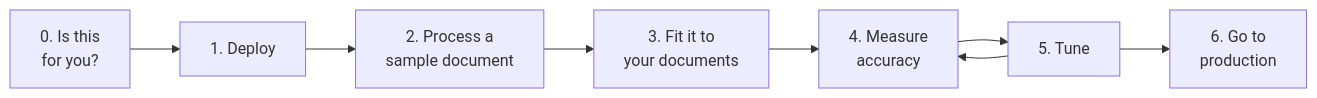
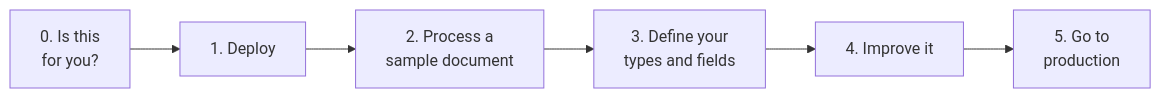
The diagram in docs/get-started.md (aws-solutions-library-samples/accelerated-intelligent-document-processing-on-aws), drawn with Mermaid before and after one commit. The commit also changed other lines of this file and 7 other files, not shown here.

````diff
--- a/docs/get-started.md
+++ b/docs/get-started.md
@@ -14,10 +14,8 @@
 ```mermaid
 flowchart LR
     A["0. Is this<br/>for you?"] --> B["1. Deploy"]
     B --> C["2. Process a<br/>sample document"]
-    C --> D["3. Fit it to<br/>your documents"]
-    D --> E["4. Measure<br/>accuracy"]
-    E --> F["5. Tune"]
-    F --> E
-    F --> G["6. Go to<br/>production"]
+    C --> D["3. Define your<br/>types and fields"]
+    D --> E["4. Improve it"]
+    E --> F["5. Go to<br/>production"]
 ```
````
